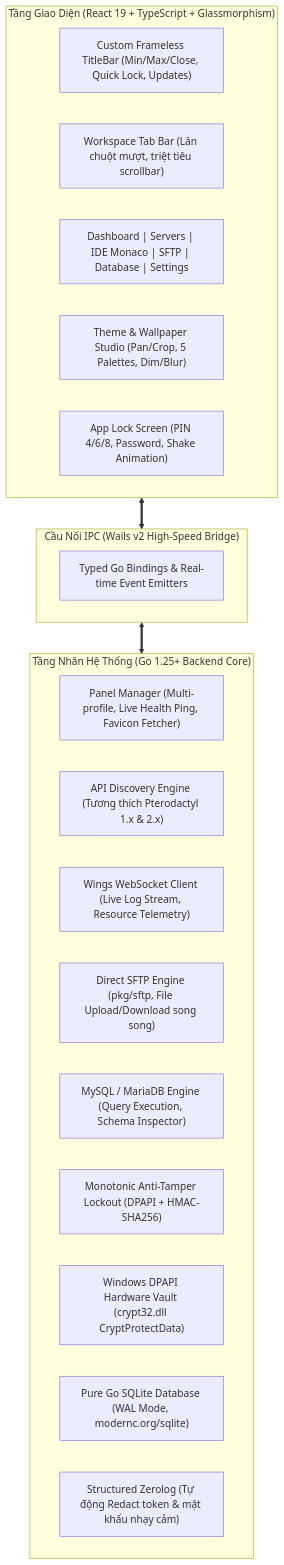
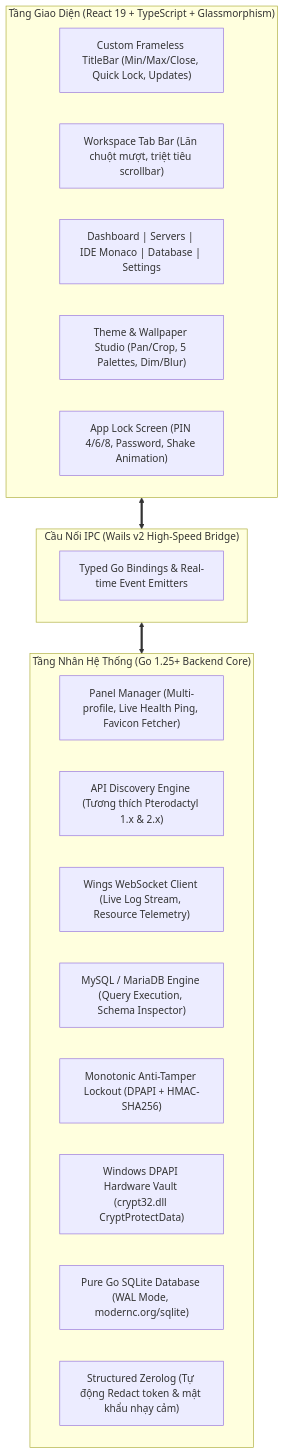
One commit to synoraww/SynoraDesk changed the diagram in README.md. Above: the diagram before and after it, drawn with Mermaid. The commit also changed other lines of this file, not shown here.

````diff
--- a/README.md
+++ b/README.md
@@ -59,28 +57,27 @@
 ```mermaid
 flowchart TD
     subgraph UI["Tầng Giao Diện (React 19 + TypeScript + Glassmorphism)"]
         TitleBar["Custom Frameless TitleBar (Min/Max/Close, Quick Lock, Updates)"]
         WSBar["Workspace Tab Bar (Lăn chuột mượt, triệt tiêu scrollbar)"]
-        Views["Dashboard | Servers | IDE Monaco | SFTP | Database | Settings"]
+        Views["Dashboard | Servers | IDE Monaco | Database | Settings"]
         ThemeEngine["Theme & Wallpaper Studio (Pan/Crop, 5 Palettes, Dim/Blur)"]
         LockScreen["App Lock Screen (PIN 4/6/8, Password, Shake Animation)"]
     end
 
     subgraph IPC["Cầu Nối IPC (Wails v2 High-Speed Bridge)"]
         Bindings["Typed Go Bindings & Real-time Event Emitters"]
     end
 
     subgraph Backend["Tầng Nhân Hệ Thống (Go 1.25+ Backend Core)"]
         PanelMgr["Panel Manager (Multi-profile, Live Health Ping, Favicon Fetcher)"]
         Discovery["API Discovery Engine (Tương thích Pterodactyl 1.x & 2.x)"]
         ConsoleWS["Wings WebSocket Client (Live Log Stream, Resource Telemetry)"]
-        SFTPClient["Direct SFTP Engine (pkg/sftp, File Upload/Download song song)"]
         DBClient["MySQL / MariaDB Engine (Query Execution, Schema Inspector)"]
         LockoutMgr["Monotonic Anti-Tamper Lockout (DPAPI + HMAC-SHA256)"]
         DPAPI["Windows DPAPI Hardware Vault (crypt32.dll CryptProtectData)"]
         SQLite["Pure Go SQLite Database (WAL Mode, modernc.org/sqlite)"]
         Logger["Structured Zerolog (Tự động Redact token & mật khẩu nhạy cảm)"]
     end
 
     UI <==> IPC <==> Backend
 ```
````
